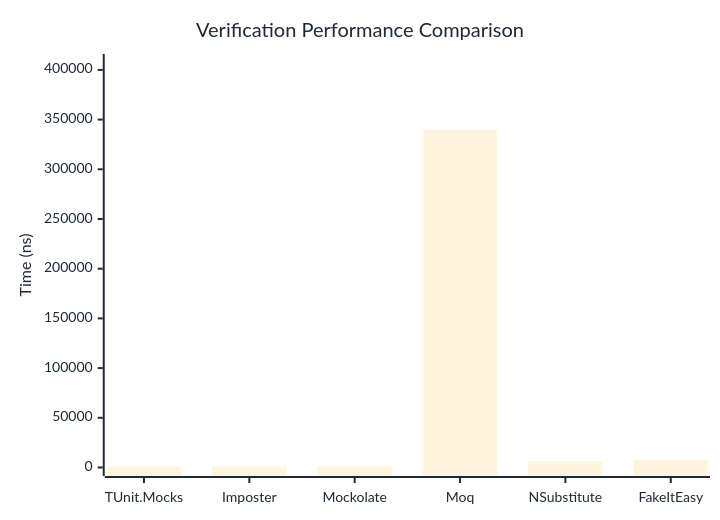
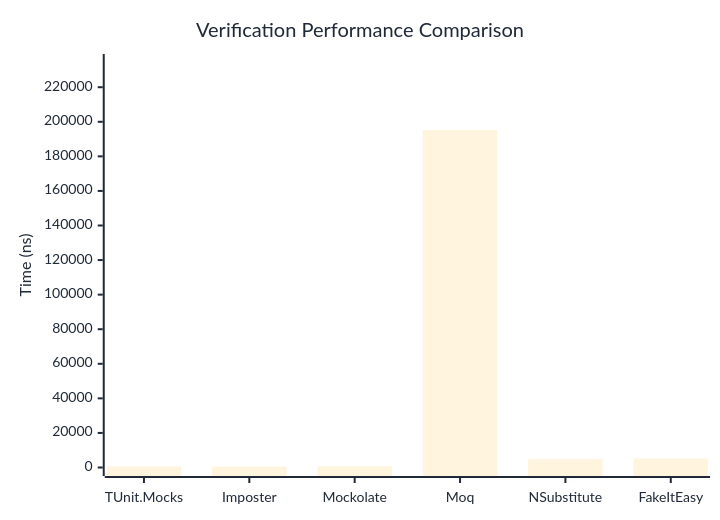
One commit to thomhurst/TUnit changed the first of 3 diagrams in docs/docs/benchmarks/mocks/Verification.md. Above: the diagram before and after it, drawn with Mermaid. The commit also changed other lines of this file and 13 other files, not shown here.

````diff
--- a/docs/docs/benchmarks/mocks/Verification.md
+++ b/docs/docs/benchmarks/mocks/Verification.md
@@ -28,27 +28,27 @@
 ```mermaid
 %%{init: {
   'theme':'base',
   'themeVariables': {
     'primaryColor': '#2563eb',
     'primaryTextColor': '#1f2937',
     'primaryBorderColor': '#1e40af',
     'lineColor': '#6b7280',
     'secondaryColor': '#7c3aed',
     'tertiaryColor': '#dc2626',
     'background': '#ffffff',
     'pie1': '#2563eb',
     'pie2': '#7c3aed',
     'pie3': '#dc2626',
     'pie4': '#f59e0b',
     'pie5': '#10b981',
     'pie6': '#06b6d4',
     'pie7': '#ec4899',
     'pie8': '#6366f1'
   }
 }}%%
 xychart-beta
   title "Verification Performance Comparison"
   x-axis ["TUnit.Mocks", "Imposter", "Mockolate", "Moq", "NSubstitute", "FakeItEasy"]
-  y-axis "Time (ns)" 0 --> 407432
-  bar [764.91, 769.71, 950.06, 339526.09, 6281.01, 7432.16]
+  y-axis "Time (ns)" 0 --> 234300
+  bar [684.99, 571.94, 740.58, 195249.3, 4751.03, 5231.78]
 ```
````
